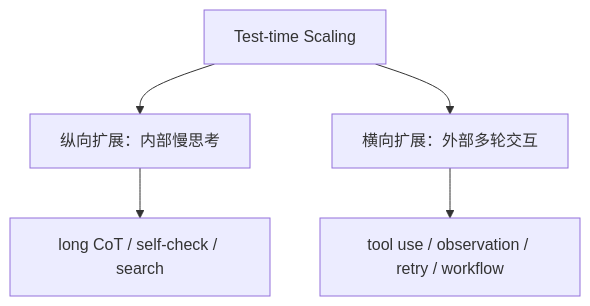
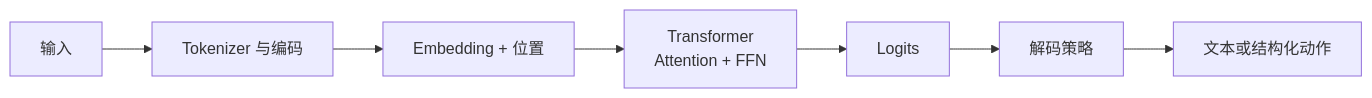
The second of 3 diagrams in books/ai-book/src/part1/01-llm-foundations-transformer.md (wxquare/wxquare.github.io), drawn with Mermaid before and after one commit. The commit also changed other lines of this file and 12 other files, not shown here.

````diff
--- a/books/ai-book/src/part1/01-llm-foundations-transformer.md
+++ b/books/ai-book/src/part1/01-llm-foundations-transformer.md
@@ -257,7 +66,9 @@
 ```mermaid
-flowchart TD
-    A["Test-time Scaling"] --> B["纵向扩展：内部慢思考"]
-    A --> C["横向扩展：外部多轮交互"]
-    B --> D["long CoT / self-check / search"]
-    C --> E["tool use / observation / retry / workflow"]
+flowchart LR
+    A["输入"] --> B["Tokenizer 与编码"]
+    B --> C["Embedding + 位置"]
+    C --> D["Transformer\nAttention + FFN"]
+    D --> E["Logits"]
+    E --> F["解码策略"]
+    F --> G["文本或结构化动作"]
 ```
````
